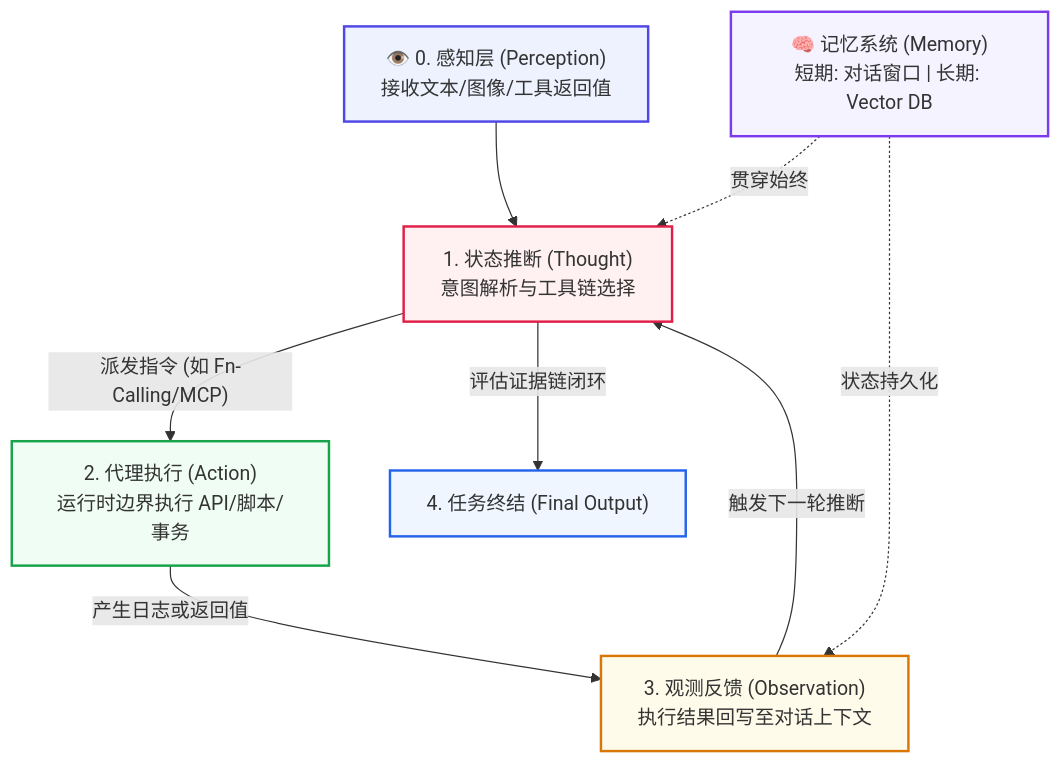
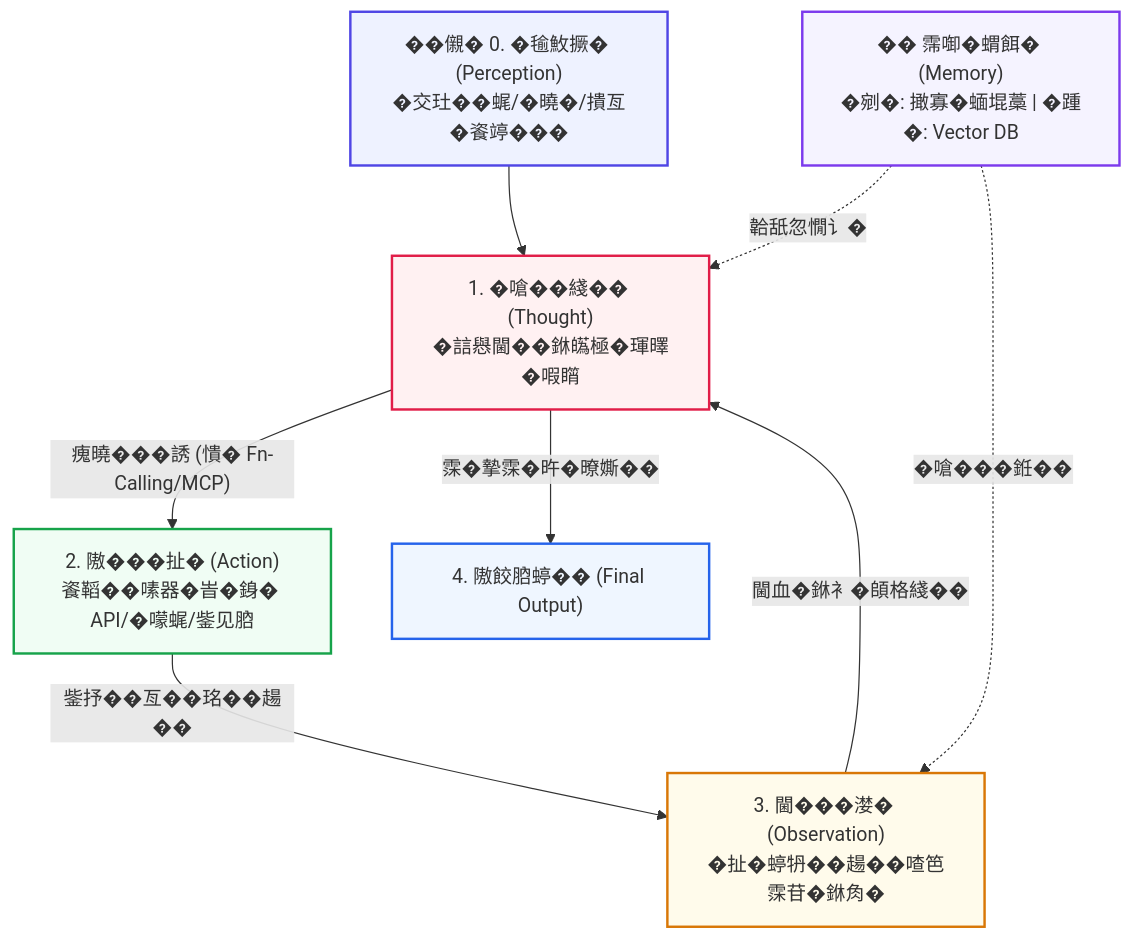
One commit to wangchong2023/lang-chain-graph changed the sixth of 16 diagrams in doc/AI_Knowledge_Roadmap.md. Above: the diagram before and after it, drawn with Mermaid. The commit also changed other lines of this file, not shown here.

Commit message:
docs: update AI knowledge roadmap with new learning milestones

````diff
--- a/doc/AI_Knowledge_Roadmap.md
+++ b/doc/AI_Knowledge_Roadmap.md
@@ -420,19 +338,19 @@
    ```mermaid
    graph TD
-       P["👁️ 0. 感知层 (Perception)<br>接收文本/图像/工具返回值"] --> T["1. 状态推断 (Thought)<br>意图解析与工具链选择"]
-       T -- "派发指令 (如 Fn-Calling/MCP)" --> A["2. 代理执行 (Action)<br>运行时边界执行 API/脚本/事务"]
-       A -- "产生日志或返回值" --> O["3. 观测反馈 (Observation)<br>执行结果回写至对话上下文"]
-       O -- "触发下一轮推断" --> T
-       T -- "评估证据链闭环" --> E["4. 任务终结 (Final Output)"]
+       P["��儭� 0. �毺䰻撅� (Perception)<br>�交𤣰��𧋦/�曉�/撌亙�餈𥪜���"] --> T["1. �嗆��綫�� (Thought)<br>�誩㦛閫��銝𤾸極�琿曎�㗇𥋘"]
+       T -- "瘣曉���誘 (憒� Fn-Calling/MCP)" --> A["2. 隞���扯� (Action)<br>餈鞱��嗉器�峕�銵� API/�𡁏𧋦/鈭见𦛚"]
+       A -- "鈭抒��亙��𤥁��𧼮��" --> O["3. 閫���漤� (Observation)<br>�扯�蝏𤘪��𧼮��喳笆霂苷�銝𧢲�"]
+       O -- "閫血�銝衤�頧格綫��" --> T
+       T -- "霂�摯霂�旿�暸𡡒��" --> E["4. 隞餃𦛚蝏�� (Final Output)"]
 
-        M["🧠 记忆系统 (Memory)<br>短期: 对话窗口 | 长期: Vector DB"] -. "贯穿始终" .-> T
-        M -. "状态持久化" .-> O
+        M["�� 霈啣�蝟餌� (Memory)<br>�剜�: 撖寡�蝒堒藁 | �踵�: Vector DB"] -. "韐舐忽憪讠�" .-> T
+        M -. "�嗆���銋��" .-> O
 
-    %% 样式美化
+    %% �瑕�蝢𤾸�
     style P fill:#eef2ff,stroke:#4f46e5,stroke-width:2px
     style T fill:#fff1f2,stroke:#e11d48,stroke-width:2px
     style A fill:#f0fdf4,stroke:#16a34a,stroke-width:2px
     style O fill:#fffbeb,stroke:#d97706,stroke-width:2px
     style E fill:#eff6ff,stroke:#2563eb,stroke-width:2px
     style M fill:#f5f3ff,stroke:#7c3aed,stroke-width:2px
    ```
````
